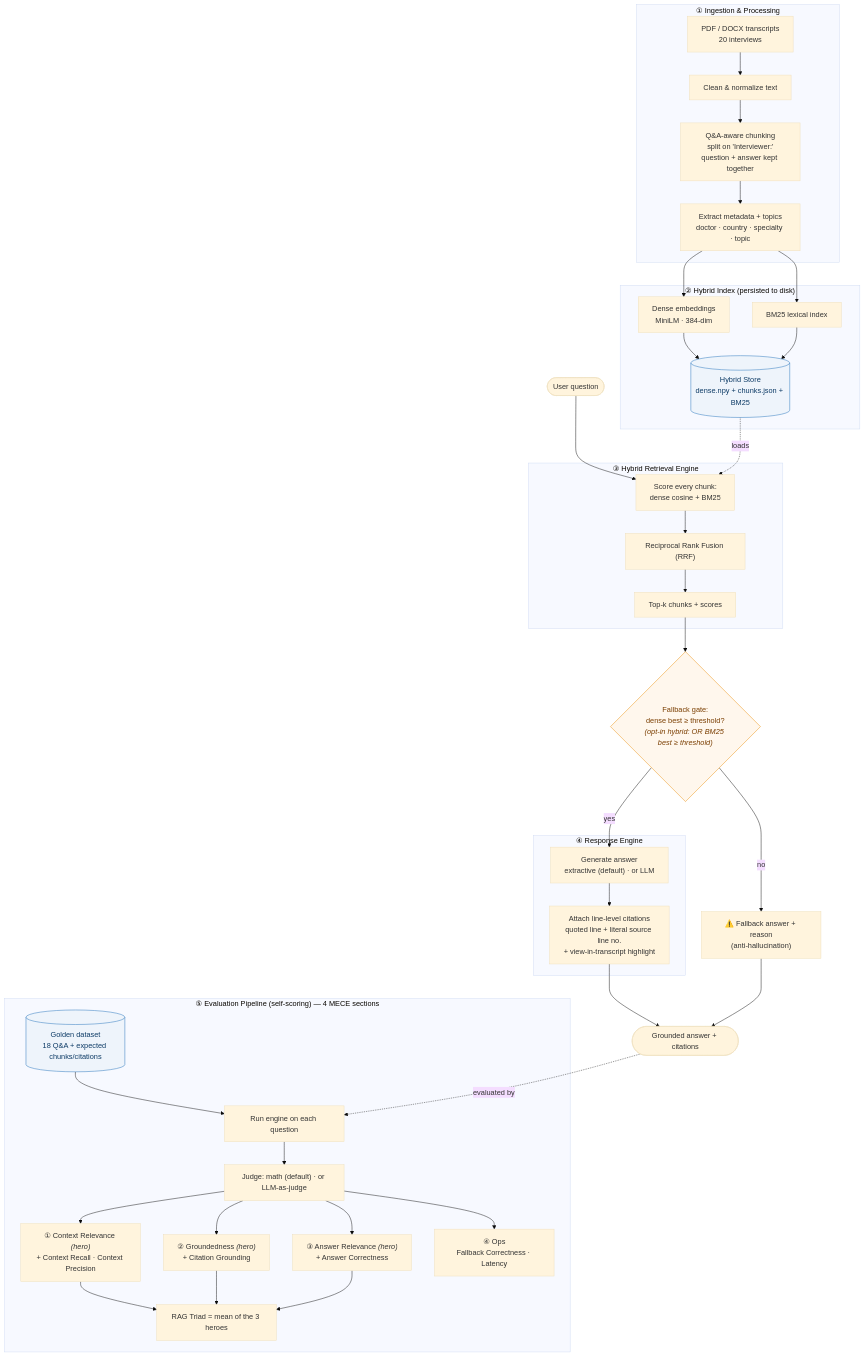
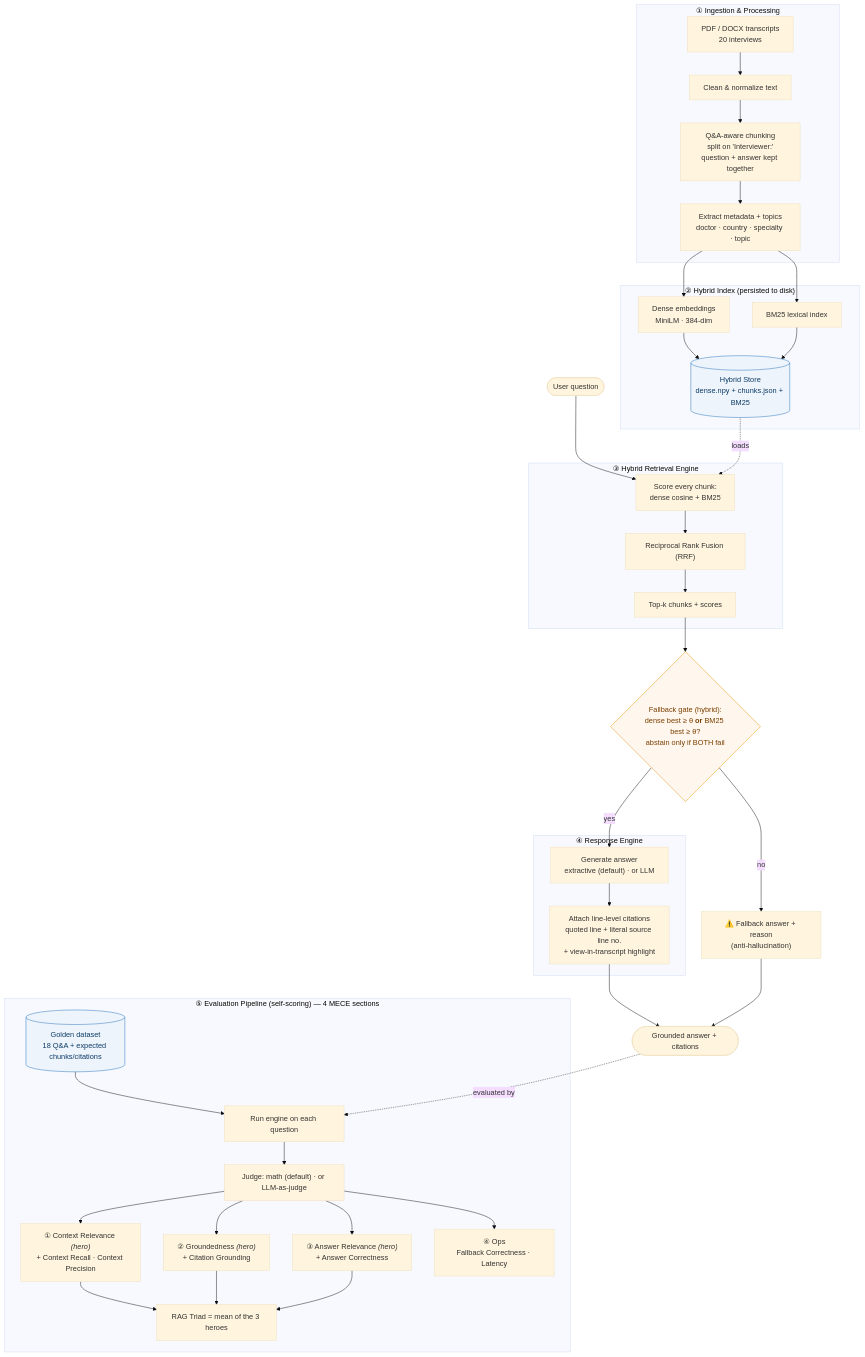
Before and after one commit to vamshiverse/rag-covid-interviews: the diagram in docs/PIPELINE.md, drawn with Mermaid (base theme). The commit also changed 4 other files, not shown here.

First line of the commit message:
Make the hybrid fallback gate the default + refresh benchmark/docs

````diff
--- a/docs/PIPELINE.md
+++ b/docs/PIPELINE.md
@@ -7,52 +7,52 @@
 ```mermaid
 flowchart TD
   %% ---------------- Ingestion ----------------
   subgraph INGEST["① Ingestion & Processing"]
     A[PDF / DOCX transcripts<br/>20 interviews] --> B[Clean & normalize text]
     B --> C["Q&A-aware chunking<br/>split on 'Interviewer:'<br/>question + answer kept together"]
     C --> D["Extract metadata + topics<br/>doctor · country · specialty · topic"]
   end
 
   %% ---------------- Index ----------------
   subgraph INDEX["② Hybrid Index (persisted to disk)"]
     D --> E["Dense embeddings<br/>MiniLM · 384-dim"]
     D --> F["BM25 lexical index"]
     E --> G[(Hybrid Store<br/>dense.npy + chunks.json + BM25)]
     F --> G
   end
 
   %% ---------------- Retrieval ----------------
   Q([User question]) --> R
   subgraph RETRIEVE["③ Hybrid Retrieval Engine"]
     R["Score every chunk:<br/>dense cosine + BM25"] --> S["Reciprocal Rank Fusion (RRF)"]
     S --> X[Top-k chunks + scores]
   end
   G -.loads.-> R
 
   %% ---------------- Fallback + Response ----------------
-  X --> GATE{"Fallback gate:<br/>dense best ≥ threshold?<br/><i>(opt-in hybrid: OR BM25 best ≥ threshold)</i>"}
+  X --> GATE{"Fallback gate (hybrid):<br/>dense best ≥ θ <b>or</b> BM25 best ≥ θ?<br/>abstain only if BOTH fail"}
   GATE -->|no| FB["⚠️ Fallback answer + reason<br/>(anti-hallucination)"]
   GATE -->|yes| GEN
   subgraph RESPOND["④ Response Engine"]
     GEN["Generate answer<br/>extractive (default) · or LLM"] --> CITE["Attach line-level citations<br/>quoted line + literal source line no.<br/>+ view-in-transcript highlight"]
   end
   CITE --> ANS([Grounded answer + citations])
   FB --> ANS
 
   %% ---------------- Evaluation ----------------
   subgraph EVAL["⑤ Evaluation Pipeline (self-scoring) — 4 MECE sections"]
     GD[(Golden dataset<br/>18 Q&A + expected chunks/citations)] --> EV["Run engine on each question"]
     EV --> JUDGE["Judge: math (default) · or LLM-as-judge"]
     JUDGE --> M1["① Context Relevance <i>(hero)</i><br/>+ Context Recall · Context Precision"]
     JUDGE --> M2["② Groundedness <i>(hero)</i><br/>+ Citation Grounding"]
     JUDGE --> M3["③ Answer Relevance <i>(hero)</i><br/>+ Answer Correctness"]
     JUDGE --> M4["④ Ops<br/>Fallback Correctness · Latency"]
     M1 & M2 & M3 --> TRIAD["RAG Triad = mean of the 3 heroes"]
   end
   ANS -.evaluated by.-> EV
 
   classDef store fill:#eef4fb,stroke:#1d6fb8,color:#0d3b66;
   classDef gate fill:#fff7ed,stroke:#ea8c00,color:#7a3e00;
   class G,GD store;
   class GATE gate;
 ```
````
